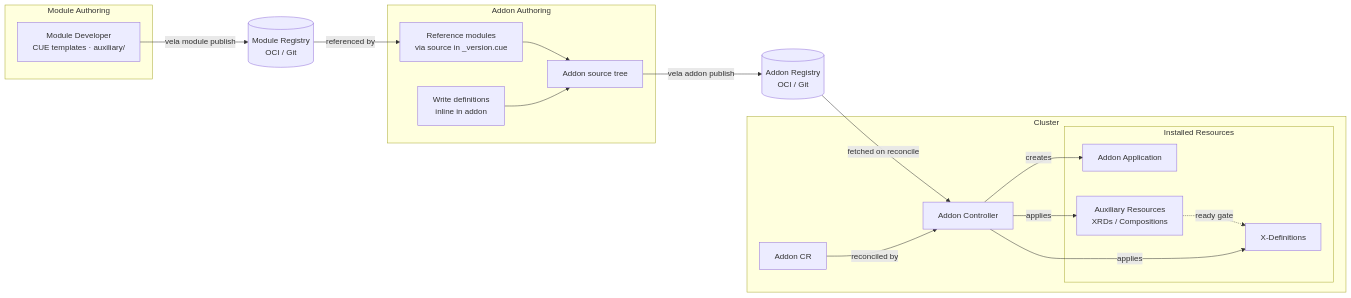
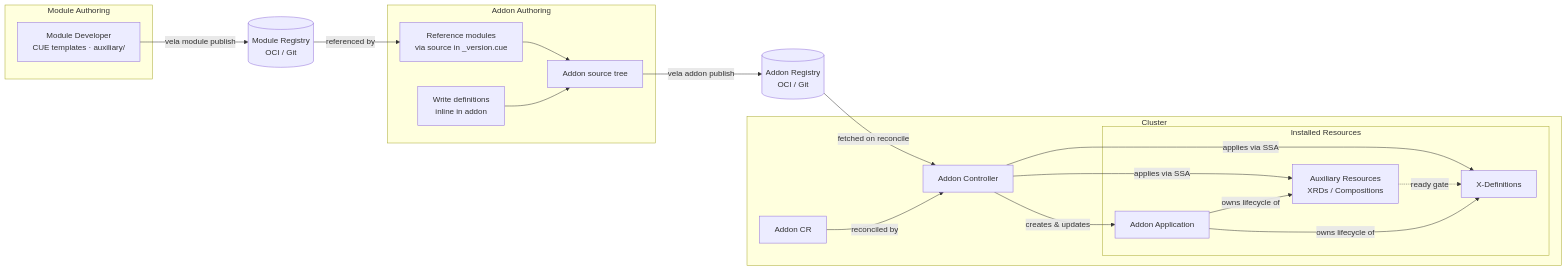
Before and after one commit to kubevela/kubevela: the first of 4 diagrams in design/vela-core/keps/2.13-addons/README.md, drawn with Mermaid. The commit also changed other lines of this file and 2 other files, not shown here.

````diff
--- a/design/vela-core/keps/2.13-addons/README.md
+++ b/design/vela-core/keps/2.13-addons/README.md
@@ -33,38 +33,40 @@
 ```mermaid
 graph LR
     subgraph authoring["Module Authoring"]
         MD["Module Developer<br/>CUE templates · auxiliary/"]
     end
 
     MR[("Module Registry<br/>OCI / Git")]
 
     subgraph addonAuth["Addon Authoring"]
         AA_REF["Reference modules<br/>via source in _version.cue"]
         AA_INLINE["Write definitions<br/>inline in addon"]
         ADDON["Addon source tree"]
     end
 
     AR[("Addon Registry<br/>OCI / Git")]
 
     subgraph cluster["Cluster"]
         CR["Addon CR"]
         AC["Addon Controller"]
         subgraph installed["Installed Resources"]
             APP["Addon Application"]
             AUX["Auxiliary Resources<br/>XRDs  / Compositions"]
             DEFS["X-Definitions"]
         end
     end
 
     MD -->|vela module publish| MR
     MR -->|referenced by| AA_REF
     AA_REF --> ADDON
     AA_INLINE --> ADDON
     ADDON -->|vela addon publish| AR
     AR -->|fetched on reconcile| AC
     CR -->|reconciled by| AC
-    AC -->|creates| APP
-    AC -->|applies| AUX
+    AC -->|creates & updates| APP
+    AC -->|applies via SSA| AUX
+    AC -->|applies via SSA| DEFS
     AUX -.->|ready gate| DEFS
-    AC -->|applies| DEFS
+    APP -->|owns lifecycle of| AUX
+    APP -->|owns lifecycle of| DEFS
 ```
````
